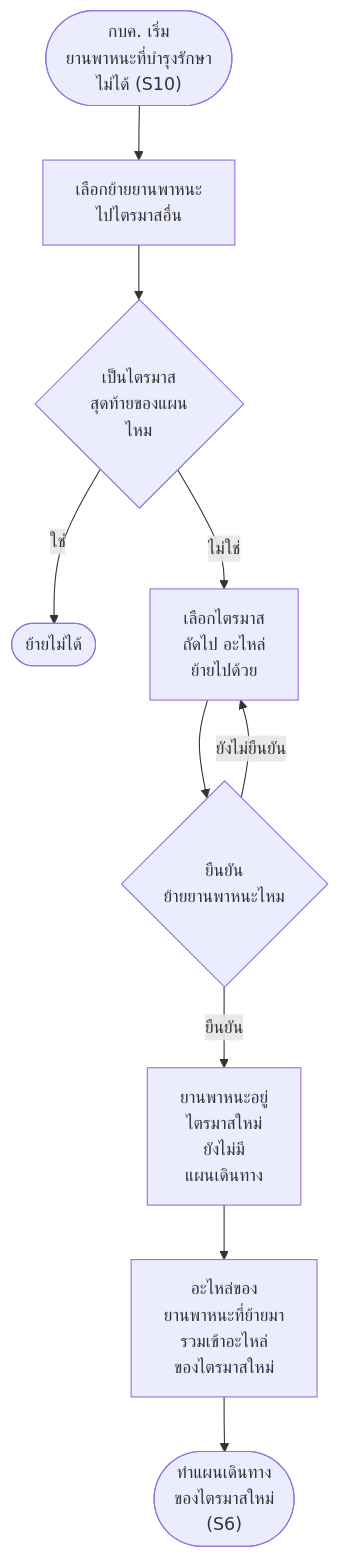
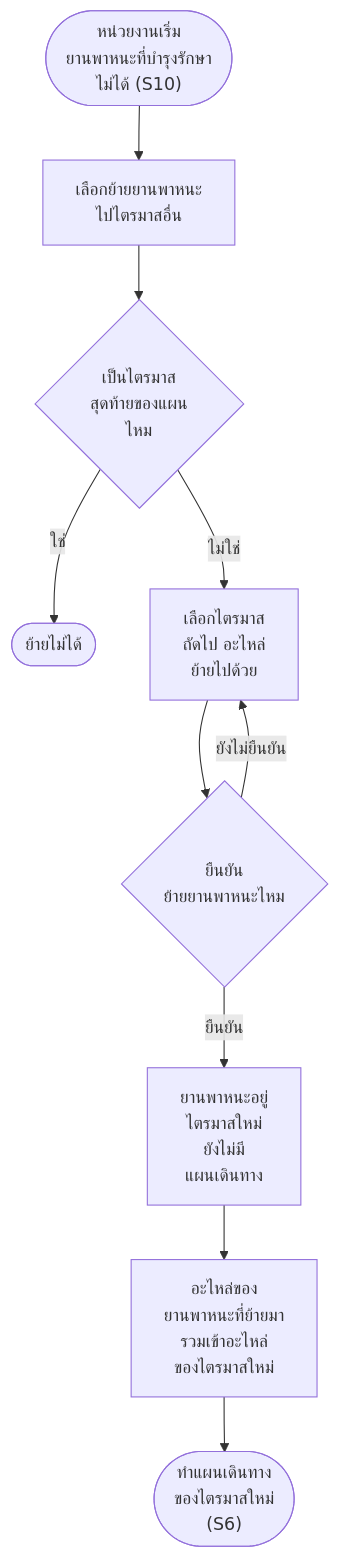
Diagram 12 of 20 in Diagram/01-บำรุงรักษาตามวาระ/27-บำรุงรักษา-flowchart-กิจกรรม.md (anugmail/Maintenance-Request-Form), drawn with Mermaid before and after one commit. The commit also changed other lines of this file and 7 other files, not shown here.

First line of the commit message:
บำรุงรักษา: คำกลางแทน "กบค." ที่เป็นผู้ทำงาน (หน่วยงาน · หน่วยงานผู้ดำเนินการ · หัวหน้าหน่วยงาน · ผู้สร้างแผนเดินทาง) · "ดำเนินการเอง" แทน "กบค. ดำเนินการเอง"

````diff
--- a/Diagram/01-บำรุงรักษาตามวาระ/27-บำรุงรักษา-flowchart-กิจกรรม.md
+++ b/Diagram/01-บำรุงรักษาตามวาระ/27-บำรุงรักษา-flowchart-กิจกรรม.md
@@ -247,12 +247,12 @@
 ```mermaid
 flowchart TD
-    S(["กบค. เริ่ม<br/>ยานพาหนะที่บำรุงรักษา<br/>ไม่ได้ (S10)"]) --> A1["เลือกย้ายยานพาหนะ<br/>ไปไตรมาสอื่น"]
+    S(["หน่วยงานเริ่ม<br/>ยานพาหนะที่บำรุงรักษา<br/>ไม่ได้ (S10)"]) --> A1["เลือกย้ายยานพาหนะ<br/>ไปไตรมาสอื่น"]
     A1 --> Q1{"เป็นไตรมาส<br/>สุดท้ายของแผน<br/>ไหม"}
     Q1 -->|ใช่| E1(["ย้ายไม่ได้"])
     Q1 -->|ไม่ใช่| A2["เลือกไตรมาส<br/>ถัดไป อะไหล่<br/>ย้ายไปด้วย"]
     A2 --> Q2{"ยืนยัน<br/>ย้ายยานพาหนะไหม"}
     Q2 -->|ยังไม่ยืนยัน| A2
     Q2 -->|ยืนยัน| A3["ยานพาหนะอยู่<br/>ไตรมาสใหม่<br/>ยังไม่มี<br/>แผนเดินทาง"]
     A3 --> A4["อะไหล่ของ<br/>ยานพาหนะที่ย้ายมา<br/>รวมเข้าอะไหล่<br/>ของไตรมาสใหม่"]
     A4 --> E2(["ทำแผนเดินทาง<br/>ของไตรมาสใหม่<br/>(S6)"])
 ```
````
